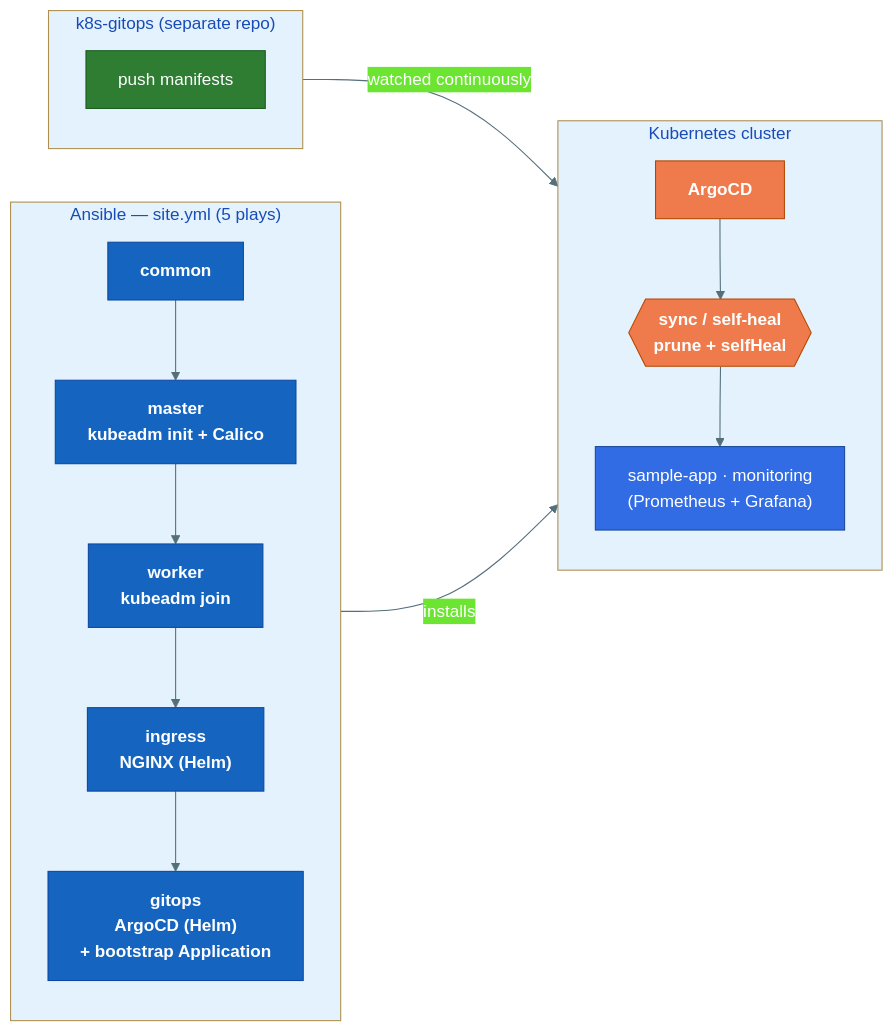
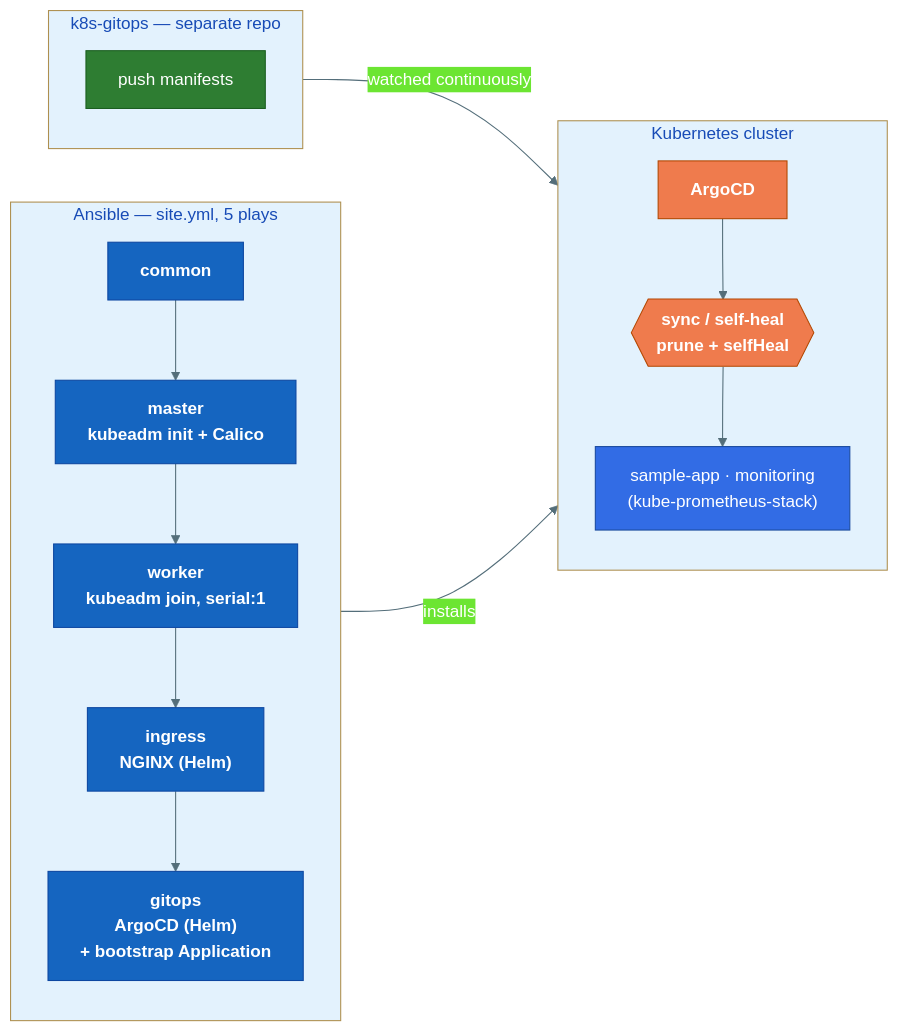
Before and after one commit to ghassenkhalfallah/k8s-from-scratch-aws: the second of 2 diagrams in README.md, drawn with Mermaid. The commit also changed other lines of this file, not shown here.

````diff
--- a/README.md
+++ b/README.md
@@ -73,28 +81,28 @@
 ```mermaid
 %%{init: {"theme": "base", "themeVariables": {"primaryColor": "#326CE5", "primaryTextColor": "#ffffff", "primaryBorderColor": "#1a4a9e", "lineColor": "#546E7A", "clusterBkg": "#E3F2FD"}}}%%
 flowchart LR
-    subgraph Bootstrap["Ansible — site.yml (5 plays)"]
+    subgraph Bootstrap["Ansible — site.yml, 5 plays"]
         direction TB
-        Common["common"] --> Master["master\nkubeadm init + Calico"] --> Worker["worker\nkubeadm join"] --> Ingress["ingress\nNGINX (Helm)"] --> Gitops["gitops\nArgoCD (Helm)\n+ bootstrap Application"]
+        Common["common"] --> Master["master\nkubeadm init + Calico"] --> Worker["worker\nkubeadm join, serial:1"] --> Ingress["ingress\nNGINX (Helm)"] --> Gitops["gitops\nArgoCD (Helm)\n+ bootstrap Application"]
     end
 
     subgraph Cluster["Kubernetes cluster"]
         direction TB
         ArgoCD["ArgoCD"] --> SyncLoop{{"sync / self-heal\nprune + selfHeal"}}
-        SyncLoop --> Workloads["sample-app · monitoring\n(Prometheus + Grafana)"]
+        SyncLoop --> Workloads["sample-app · monitoring\n(kube-prometheus-stack)"]
     end
 
-    subgraph Repo["k8s-gitops (separate repo)"]
+    subgraph Repo["k8s-gitops — separate repo"]
         Dev["push manifests"]
     end
 
     Gitops -- installs --> ArgoCD
     Repo -- watched continuously --> SyncLoop
 
     classDef ansible fill:#1565C0,stroke:#0D47A1,color:#ffffff,font-weight:bold
     classDef argo    fill:#EF7B4D,stroke:#B34700,color:#ffffff,font-weight:bold
     classDef repo    fill:#2E7D32,stroke:#1B5E20,color:#ffffff
     class Common,Master,Worker,Ingress,Gitops ansible
     class ArgoCD,SyncLoop argo
     class Dev repo
 ```
````
